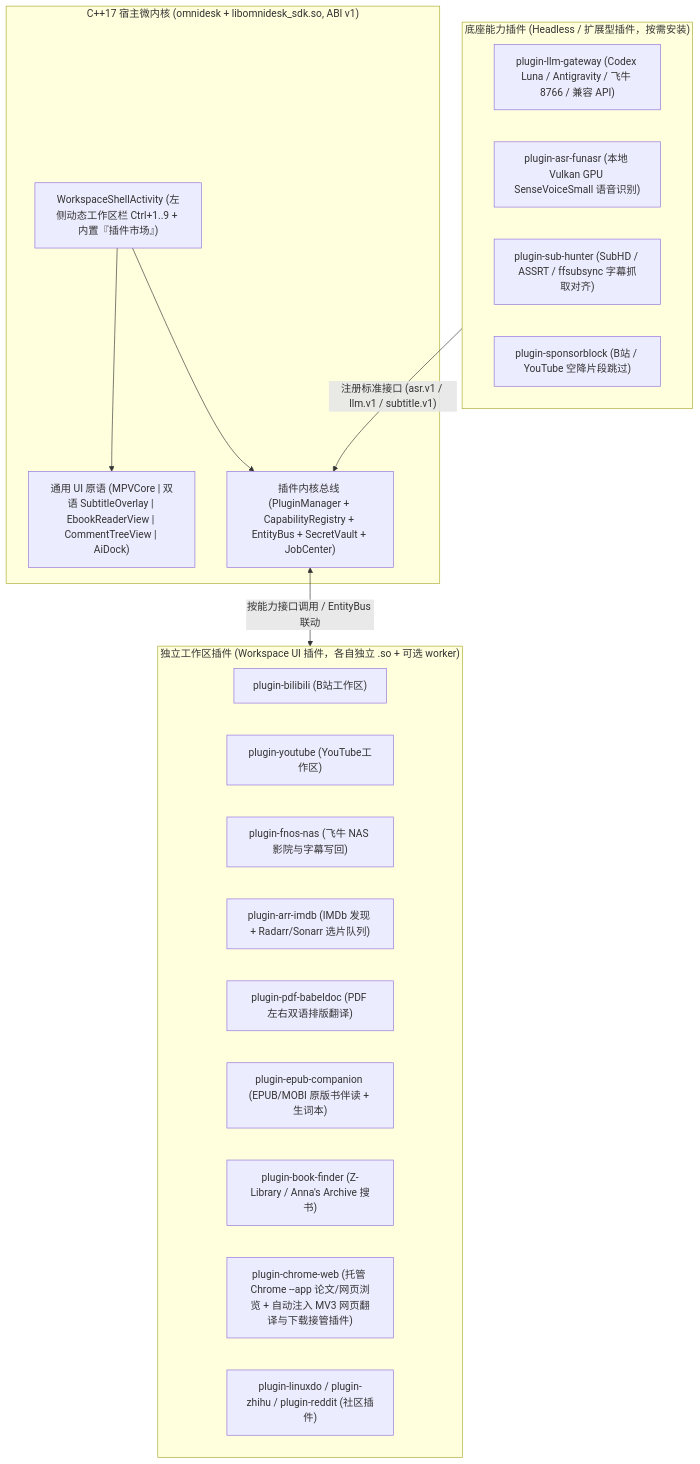
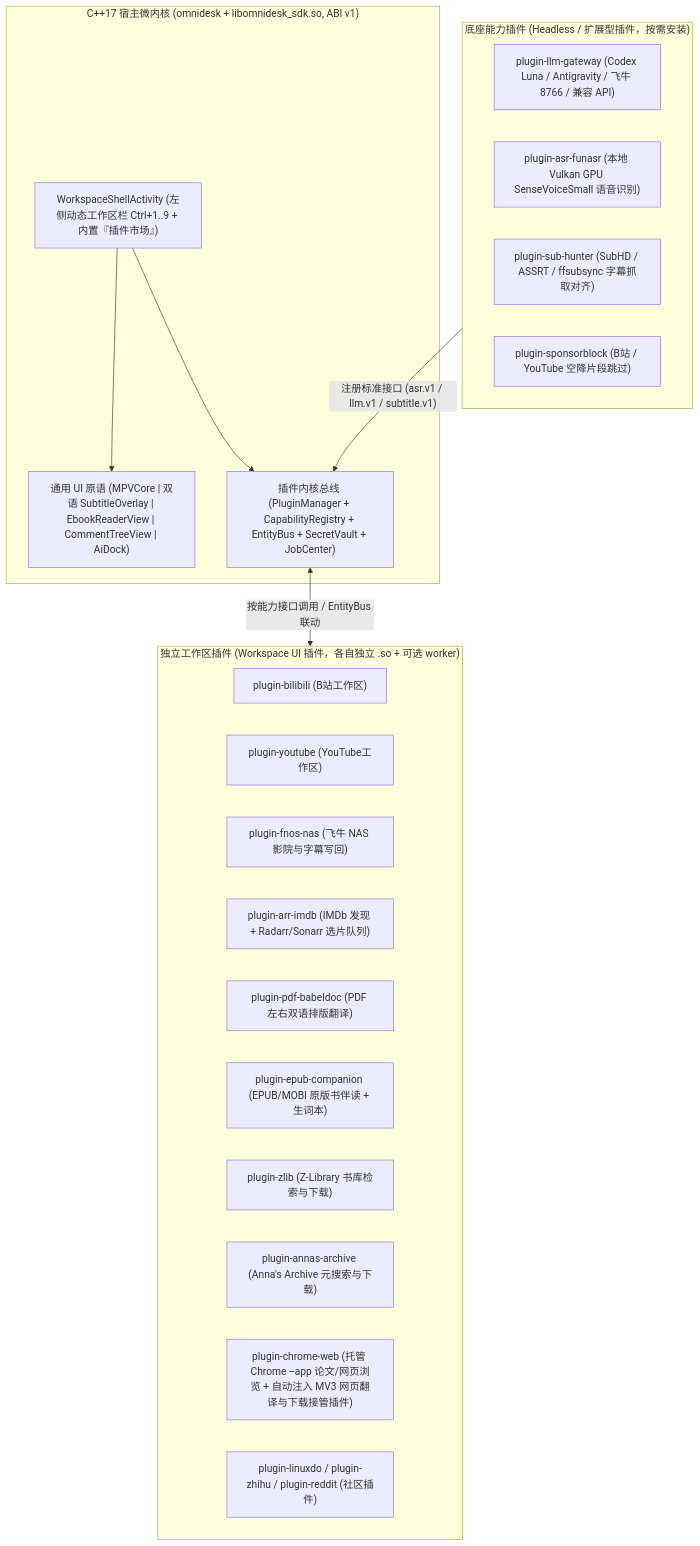
One commit to ZJFILOVE/omnidesk changed the diagram in ARCHITECTURE.md. Above: the diagram before and after it, drawn with Mermaid. The commit also changed other lines of this file and 61 other files, not shown here.

````diff
--- a/ARCHITECTURE.md
+++ b/ARCHITECTURE.md
@@ -15,31 +15,32 @@
 ```mermaid
 flowchart TB
     subgraph Microkernel["C++17 宿主微内核 (omnidesk + libomnidesk_sdk.so, ABI v1)"]
         Shell["WorkspaceShellActivity (左侧动态工作区栏 Ctrl+1..9 + 内置『插件市场』)"]
         CoreUI["通用 UI 原语 (MPVCore | 双语 SubtitleOverlay | EbookReaderView | CommentTreeView | AiDock)"]
         Bus["插件内核总线 (PluginManager + CapabilityRegistry + EntityBus + SecretVault + JobCenter)"]
     end
 
     subgraph Providers["底座能力插件 (Headless / 扩展型插件，按需安装)"]
         C_LLM["plugin-llm-gateway (Codex Luna / Antigravity / 飞牛 8766 / 兼容 API)"]
         C_ASR["plugin-asr-funasr (本地 Vulkan GPU SenseVoiceSmall 语音识别)"]
         C_SUB["plugin-sub-hunter (SubHD / ASSRT / ffsubsync 字幕抓取对齐)"]
         C_SB["plugin-sponsorblock (B站 / YouTube 空降片段跳过)"]
     end
 
     subgraph Workspaces["独立工作区插件 (Workspace UI 插件，各自独立 .so + 可选 worker)"]
         W_BILI["plugin-bilibili (B站工作区)"]
         W_YT["plugin-youtube (YouTube工作区)"]
         W_NAS["plugin-fnos-nas (飞牛 NAS 影院与字幕写回)"]
         W_ARR["plugin-arr-imdb (IMDb 发现 + Radarr/Sonarr 选片队列)"]
         W_PDF["plugin-pdf-babeldoc (PDF 左右双语排版翻译)"]
         W_EPUB["plugin-epub-companion (EPUB/MOBI 原版书伴读 + 生词本)"]
-        W_BOOK["plugin-book-finder (Z-Library / Anna's Archive 搜书)"]
+        W_ZLIB["plugin-zlib (Z-Library 书库检索与下载)"]
+        W_ANNAS["plugin-annas-archive (Anna's Archive 元搜索与下载)"]
         W_CHROME["plugin-chrome-web (托管 Chrome --app 论文/网页浏览 + 自动注入 MV3 网页翻译与下载接管插件)"]
         W_COMM["plugin-linuxdo / plugin-zhihu / plugin-reddit (社区插件)"]
     end
 
     Providers -->|"注册标准接口 (asr.v1 / llm.v1 / subtitle.v1)"| Bus
     Bus <-->|"按能力接口调用 / EntityBus 联动"| Workspaces
     Shell --> CoreUI & Bus
 ```
````
